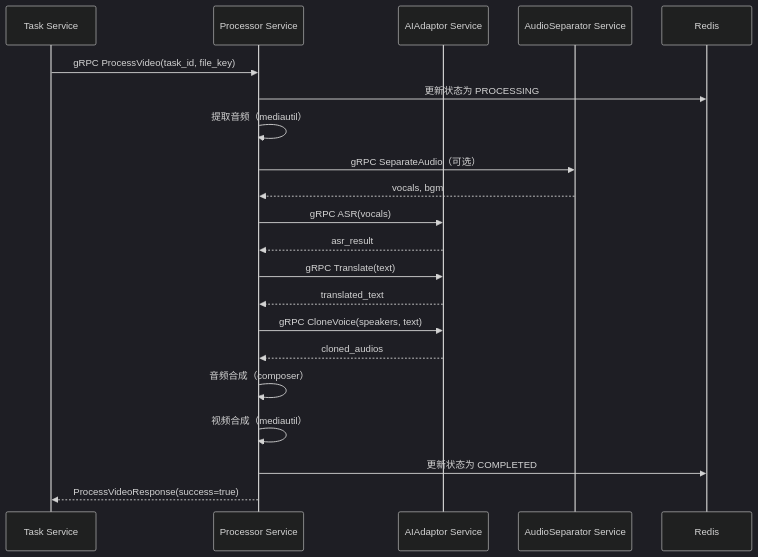
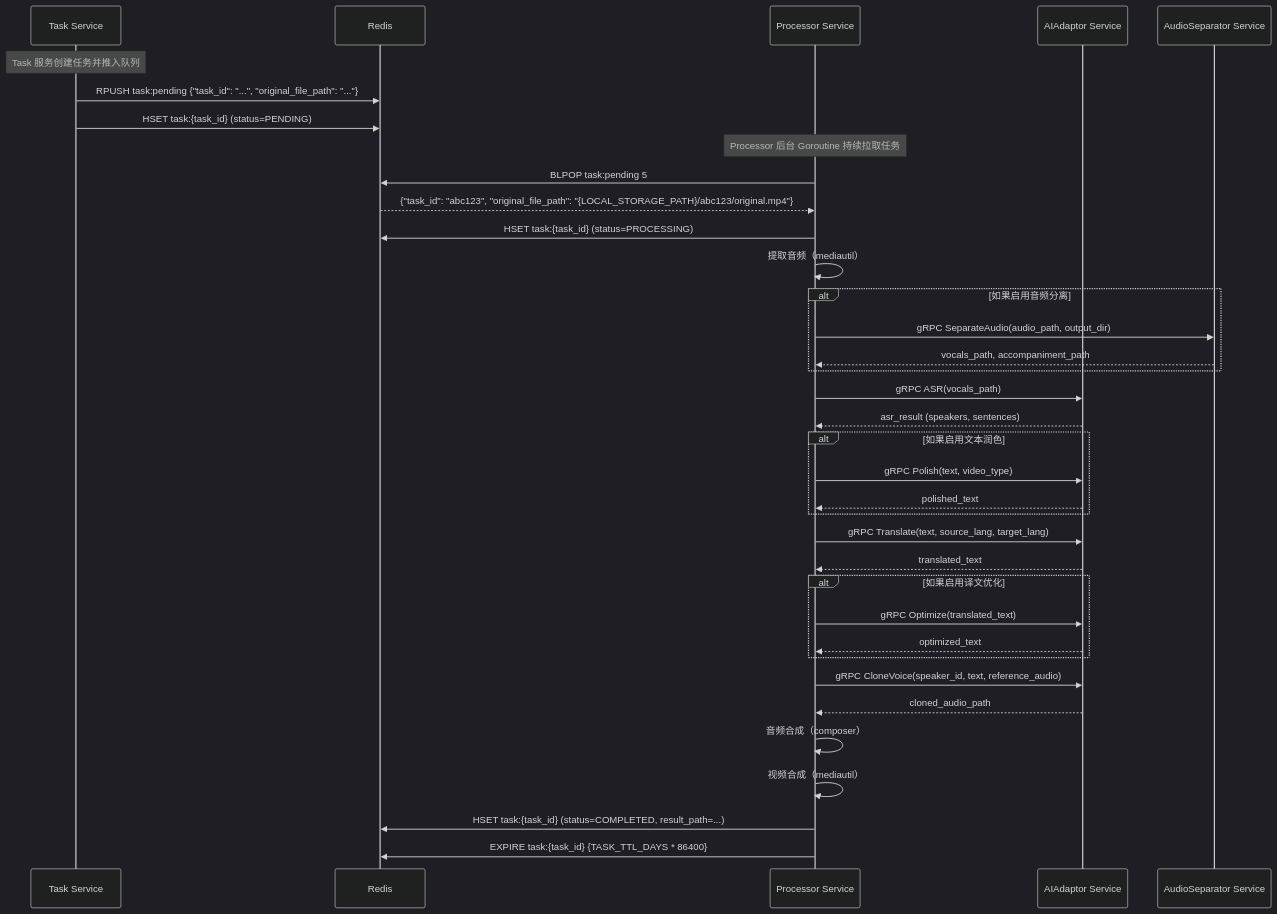
One commit to AoManoh/Video-In-Chinese changed the first of 2 diagrams in notes/Processor-design.md. Above: the diagram before and after it, drawn with Mermaid (dark theme). The commit also changed other lines of this file, not shown here.

````diff
--- a/notes/Processor-design.md
+++ b/notes/Processor-design.md
@@ -187,24 +497,48 @@
 ```mermaid
 sequenceDiagram
     participant T as Task Service
+    participant R as Redis
     participant P as Processor Service
     participant A as AIAdaptor Service
     participant S as AudioSeparator Service
-    participant R as Redis
 
-    T->>P: gRPC ProcessVideo(task_id, file_key)
-    P->>R: 更新状态为 PROCESSING
+    Note over T: Task 服务创建任务并推入队列
+    T->>R: RPUSH task:pending {"task_id": "...", "original_file_path": "..."}
+    T->>R: HSET task:{task_id} (status=PENDING)
+
+    Note over P: Processor 后台 Goroutine 持续拉取任务
+    P->>R: BLPOP task:pending 5
+    R-->>P: {"task_id": "abc123", "original_file_path": "{LOCAL_STORAGE_PATH}/abc123/original.mp4"}
+
+    P->>R: HSET task:{task_id} (status=PROCESSING)
     P->>P: 提取音频（mediautil）
-    P->>S: gRPC SeparateAudio（可选）
-    S-->>P: vocals, bgm
-    P->>A: gRPC ASR(vocals)
-    A-->>P: asr_result
-    P->>A: gRPC Translate(text)
+
+    alt 如果启用音频分离
+        P->>S: gRPC SeparateAudio(audio_path, output_dir)
+        S-->>P: vocals_path, accompaniment_path
+    end
+
+    P->>A: gRPC ASR(vocals_path)
+    A-->>P: asr_result (speakers, sentences)
+
+    alt 如果启用文本润色
+        P->>A: gRPC Polish(text, video_type)
+        A-->>P: polished_text
+    end
+
+    P->>A: gRPC Translate(text, source_lang, target_lang)
     A-->>P: translated_text
-    P->>A: gRPC CloneVoice(speakers, text)
-    A-->>P: cloned_audios
+
+    alt 如果启用译文优化
+        P->>A: gRPC Optimize(translated_text)
+        A-->>P: optimized_text
+    end
+
+    P->>A: gRPC CloneVoice(speaker_id, text, reference_audio)
+    A-->>P: cloned_audio_path
+
     P->>P: 音频合成（composer）
     P->>P: 视频合成（mediautil）
-    P->>R: 更新状态为 COMPLETED
-    P-->>T: ProcessVideoResponse(success=true)
+    P->>R: HSET task:{task_id} (status=COMPLETED, result_path=...)
+    P->>R: EXPIRE task:{task_id} {TASK_TTL_DAYS * 86400}
 ```
````
